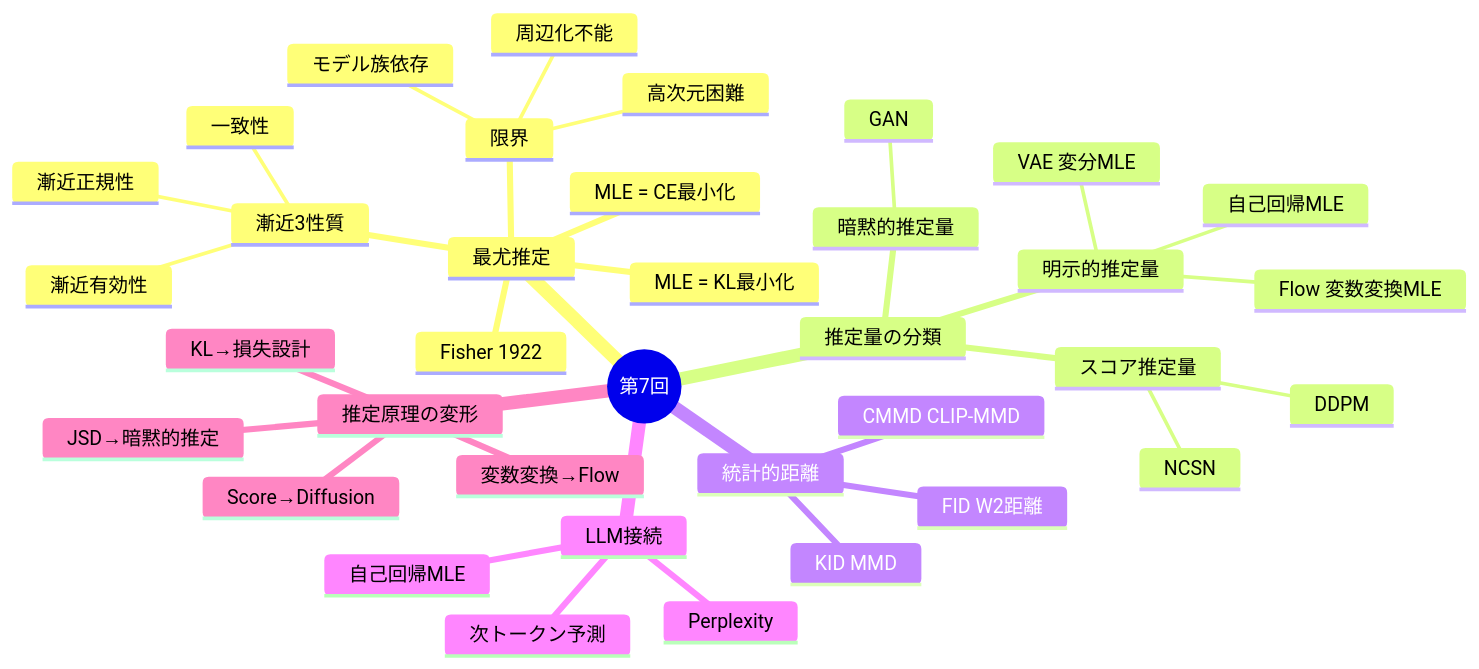
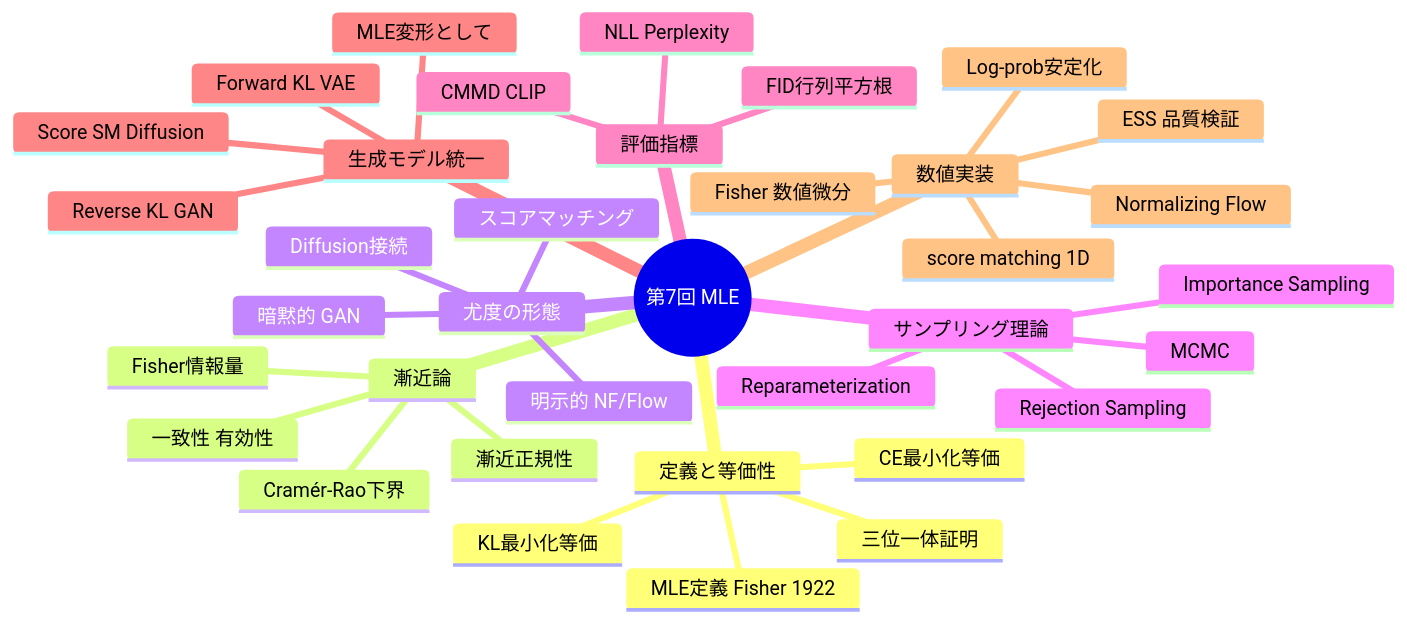
Before and after one commit to fumishiki/deep-generative-models-ja: the seventh of 7 diagrams in articles/ml-lecture-07-part2.md, drawn with Mermaid. The commit also changed other lines of this file and 24 other files, not shown here.

````diff
--- a/articles/ml-lecture-07-part2.md
+++ b/articles/ml-lecture-07-part2.md
@@ -1156,39 +1275,39 @@
 ```mermaid
 mindmap
-  root((第7回))
-    最尤推定
-      Fisher 1922
-      MLE = CE最小化
-      MLE = KL最小化
-      漸近3性質
-        一致性
-        漸近正規性
-        漸近有効性
-      限界
-        モデル族依存
-        高次元困難
-        周辺化不能
-    推定量の分類
-      明示的推定量
-        VAE 変分MLE
-        Flow 変数変換MLE
-        自己回帰MLE
-      暗黙的推定量
-        GAN
-      スコア推定量
-        NCSN
-        DDPM
-    統計的距離
-      FID W2距離
-      KID MMD
-      CMMD CLIP-MMD
-    LLM接続
-      次トークン予測
-      自己回帰MLE
-      Perplexity
-    推定原理の変形
-      KL→損失設計
-      JSD→暗黙的推定
-      変数変換→Flow
-      Score→Diffusion
+  root((第7回 MLE))
+    定義と等価性
+      MLE定義 Fisher 1922
+      CE最小化等価
+      KL最小化等価
+      三位一体証明
+    漸近論
+      Fisher情報量
+      Cramér-Rao下界
+      漸近正規性
+      一致性 有効性
+    尤度の形態
+      明示的 NF/Flow
+      暗黙的 GAN
+      スコアマッチング
+      Diffusion接続
+    サンプリング理論
+      Rejection Sampling
+      Importance Sampling
+      MCMC
+      Reparameterization
+    評価指標
+      FID行列平方根
+      CMMD CLIP
+      NLL Perplexity
+    生成モデル統一
+      MLE変形として
+      Forward KL VAE
+      Reverse KL GAN
+      Score SM Diffusion
+    数値実装
+      Log-prob安定化
+      score matching 1D
+      Fisher 数値微分
+      ESS 品質検証
+      Normalizing Flow
 ```
````
